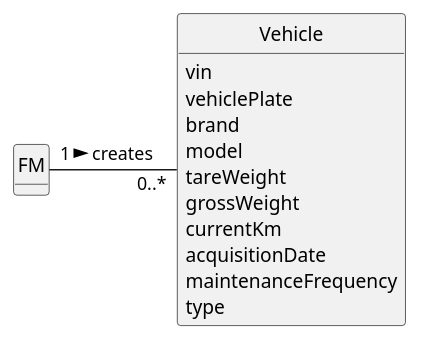
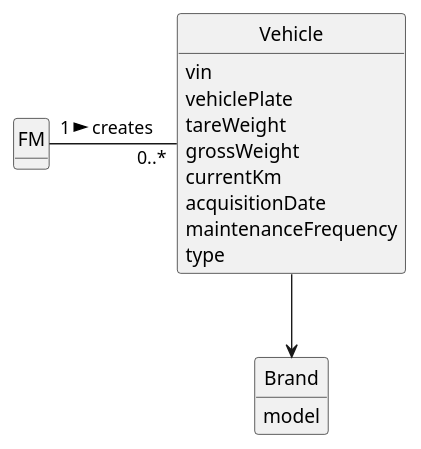
Before and after one commit to ricardomm7/leaflink: the diagram in docs/sprintA/us006/02.analysis/puml/us006-domain-model.puml, drawn with PlantUML. The commit also changed 17 other files, not shown here.

```diff
--- a/docs/sprintA/us006/02.analysis/puml/us006-domain-model.puml
+++ b/docs/sprintA/us006/02.analysis/puml/us006-domain-model.puml
@@ -1,30 +1,33 @@
 @startuml
 skinparam monochrome true
 skinparam packageStyle rectangle
 skinparam shadowing false
 
 'left to right direction
 
 skinparam classAttributeIconSize 0
 
 hide circle
 hide methods
 
 class FM {
 }
 
 class Vehicle {
 vin
 vehiclePlate
-brand
-model
 tareWeight
 grossWeight
 currentKm
 acquisitionDate
 maintenanceFrequency
 type
 }
-\
+
+class Brand {
+model
+}
+
 FM "1" - "0..*" Vehicle : creates  >
+Vehicle --> Brand
 @enduml
```
